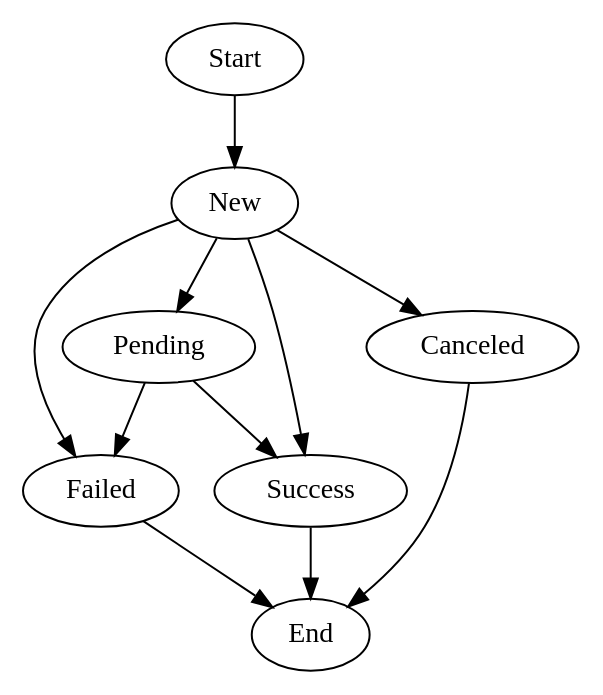
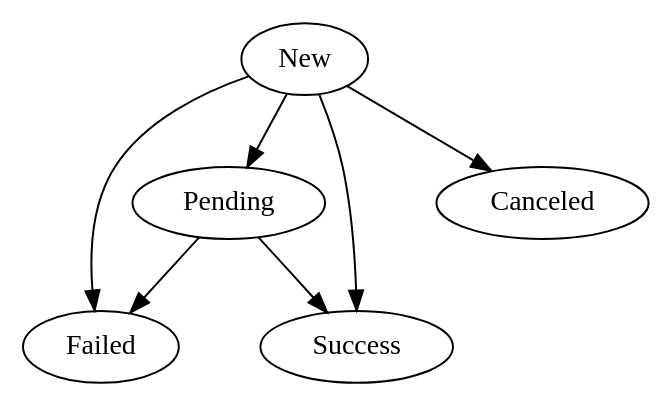
One commit to schmittjoh/JMSPaymentCoreBundle changed the third of 3 diagrams in Resources/doc/model.rst. Above: the diagram before and after it, drawn with Graphviz. The commit also changed other lines of this file and 4 other files, not shown here.

```diff
--- a/Resources/doc/model.rst
+++ b/Resources/doc/model.rst
@@ -64,15 +54,9 @@
 .. digraph:: Financial_Transaction_State_Flow
-
-    "Start" -> "New"
 
     "New" -> "Pending"
     "New" -> "Failed"
     "New" -> "Success"
     "New" -> "Canceled"
 
     "Pending" -> "Failed"
     "Pending" -> "Success"
-
-    "Failed" -> "End"
-    "Success" -> "End"
-    "Canceled" -> "End"
```
